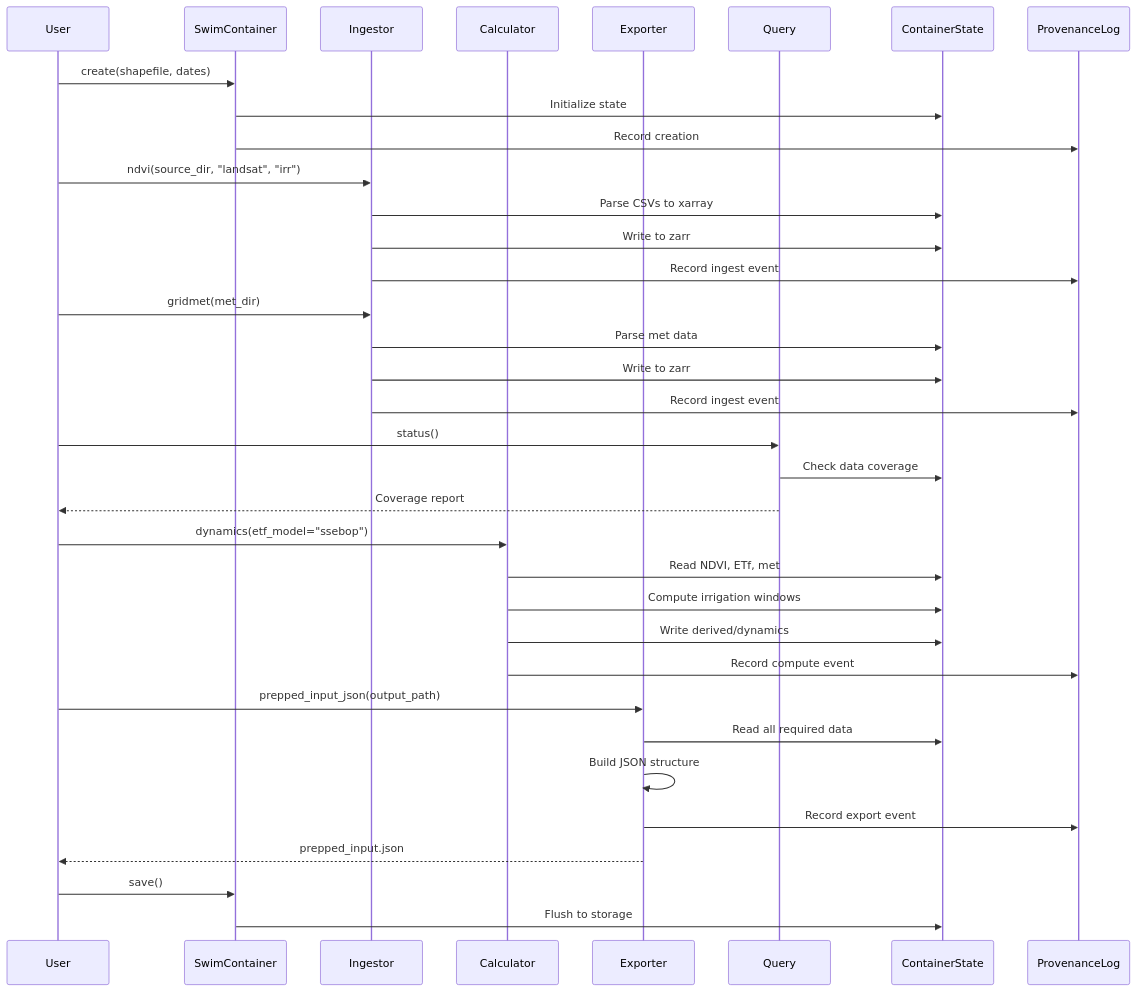
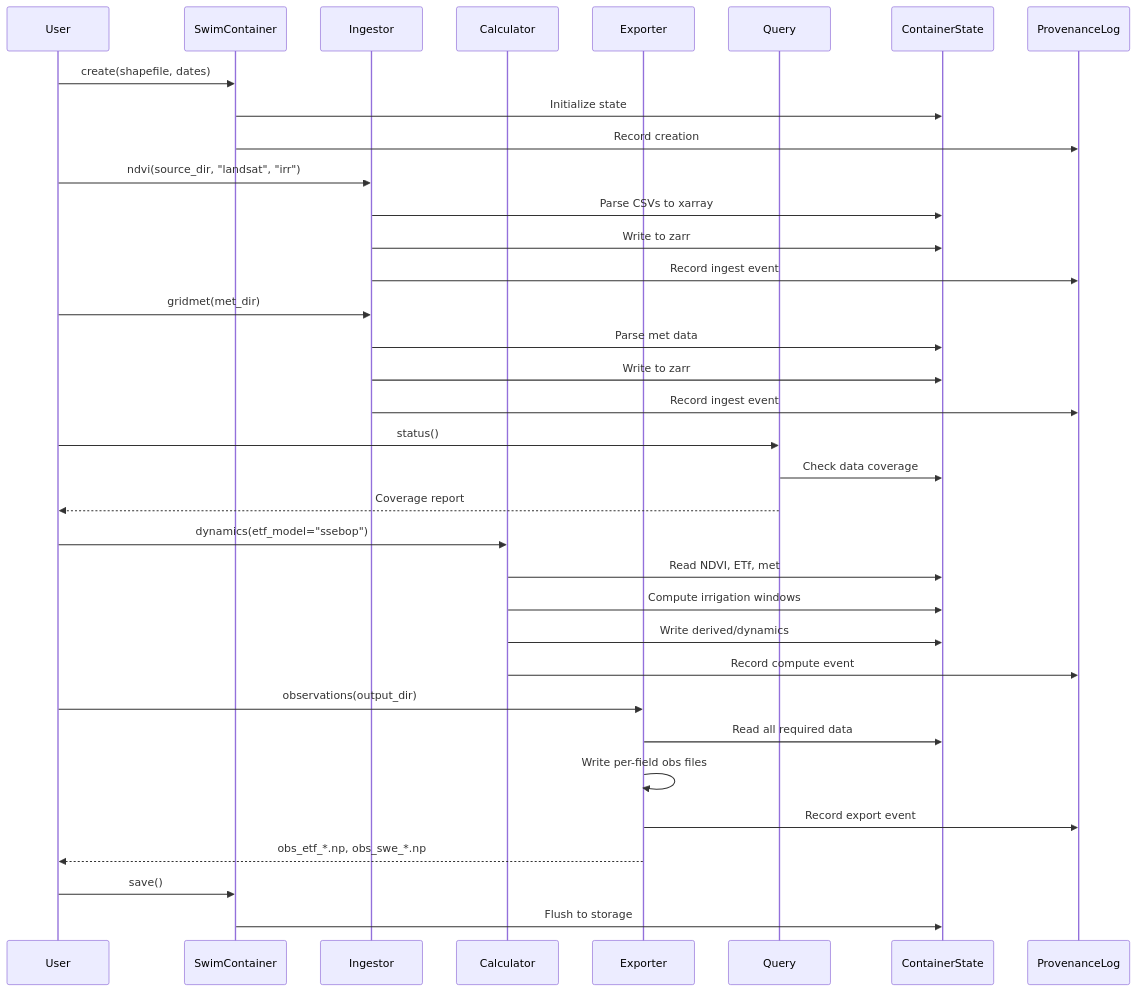
Before and after one commit to tblythe42/swim-rs: the fifth of 5 diagrams in docs/container_architecture.md, drawn with Mermaid. The commit also changed other lines of this file and 3 other files, not shown here.

Commit message:
docs: remove prepped_input.json, update exporter to observations/HDF5

````diff
--- a/docs/container_architecture.md
+++ b/docs/container_architecture.md
@@ -377,44 +377,44 @@
 ```mermaid
 sequenceDiagram
     participant U as User
     participant C as SwimContainer
     participant I as Ingestor
     participant Ca as Calculator
     participant E as Exporter
     participant Q as Query
     participant S as ContainerState
     participant P as ProvenanceLog
 
     U->>C: create(shapefile, dates)
     C->>S: Initialize state
     C->>P: Record creation
 
     U->>I: ndvi(source_dir, "landsat", "irr")
     I->>S: Parse CSVs to xarray
     I->>S: Write to zarr
     I->>P: Record ingest event
 
     U->>I: gridmet(met_dir)
     I->>S: Parse met data
     I->>S: Write to zarr
     I->>P: Record ingest event
 
     U->>Q: status()
     Q->>S: Check data coverage
     Q-->>U: Coverage report
 
     U->>Ca: dynamics(etf_model="ssebop")
     Ca->>S: Read NDVI, ETf, met
     Ca->>S: Compute irrigation windows
     Ca->>S: Write derived/dynamics
     Ca->>P: Record compute event
 
-    U->>E: prepped_input_json(output_path)
+    U->>E: observations(output_dir)
     E->>S: Read all required data
-    E->>E: Build JSON structure
+    E->>E: Write per-field obs files
     E->>P: Record export event
-    E-->>U: prepped_input.json
+    E-->>U: obs_etf_*.np, obs_swe_*.np
 
     U->>C: save()
     C->>S: Flush to storage
 ```
````
